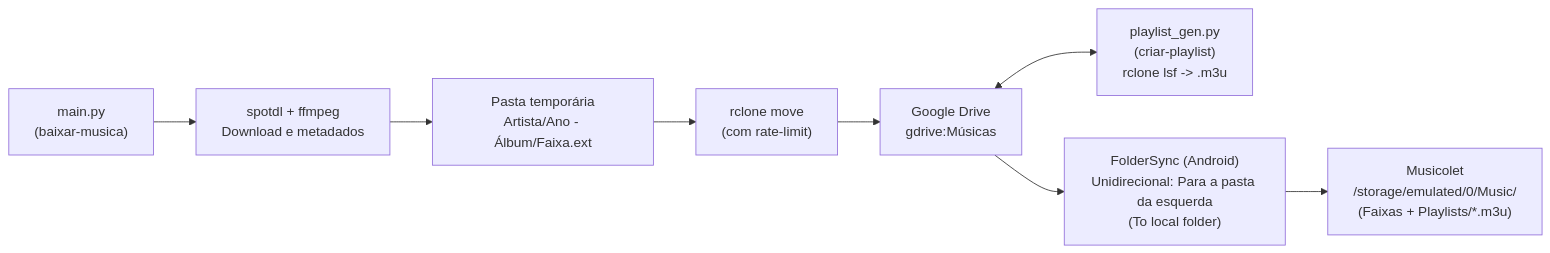
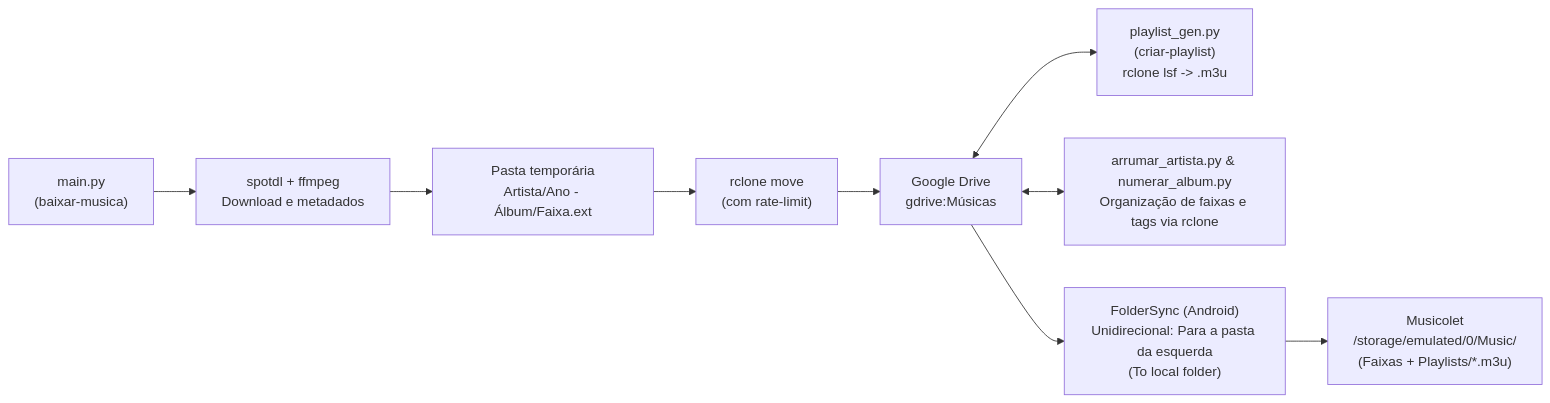
Before and after one commit to Igor182/music-fetcher: the diagram in README.md, drawn with Mermaid. The commit also changed other lines of this file, not shown here.

Commit message:
docs: document arrumar_artista.py and numerar_album.py in README

````diff
--- a/README.md
+++ b/README.md
@@ -9,10 +9,11 @@
 ```mermaid
 flowchart LR
     A["main.py\n(baixar-musica)"] --> B["spotdl + ffmpeg\nDownload e metadados"]
     B --> C["Pasta temporária\nArtista/Ano - Álbum/Faixa.ext"]
     C --> D["rclone move\n(com rate-limit)"]
     D --> E["Google Drive\ngdrive:Músicas"]
     E <--> P["playlist_gen.py\n(criar-playlist)\nrclone lsf -> .m3u"]
+    E <--> O["arrumar_artista.py & numerar_album.py\nOrganização de faixas e tags via rclone"]
     E --> F["FolderSync (Android)\nUnidirecional: Para a pasta da esquerda\n(To local folder)"]
     F --> G["Musicolet\n/storage/emulated/0/Music/\n(Faixas + Playlists/*.m3u)"]
 ```
````
